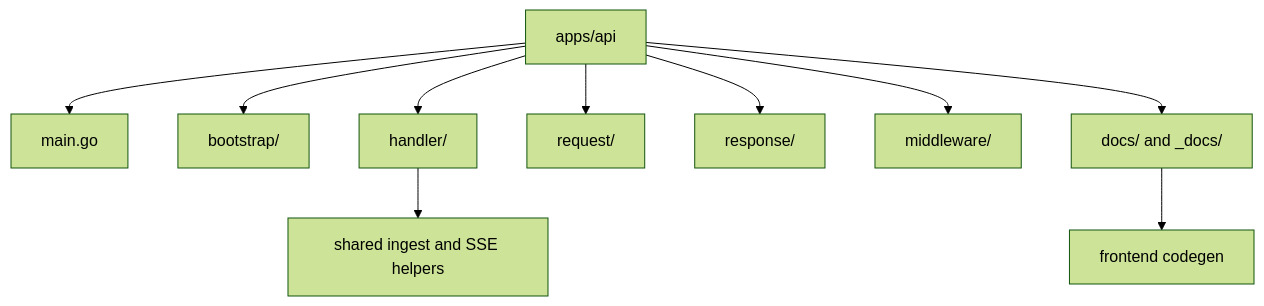
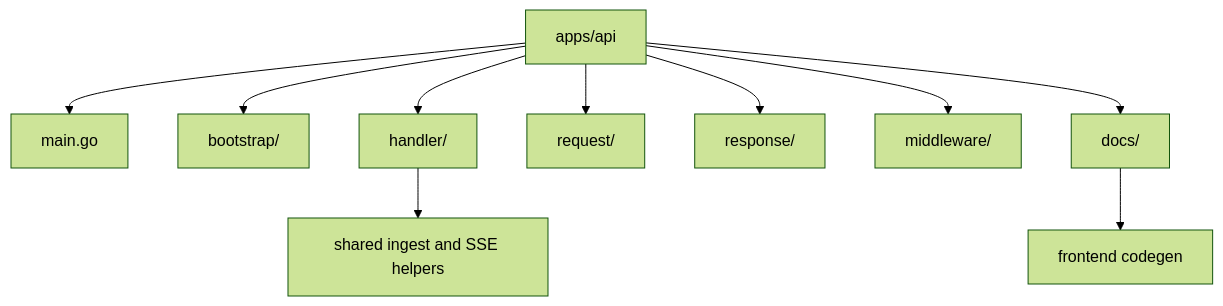
One commit to sx-tane/context-os changed the diagram in apps/api/README.md. Above: the diagram before and after it, drawn with Mermaid (forest theme). The commit also changed other lines of this file and 6 other files, not shown here.

````diff
--- a/apps/api/README.md
+++ b/apps/api/README.md
@@ -14,12 +14,12 @@
 ```mermaid
 flowchart TD
   API[apps/api] --> MAIN[main.go]
   API --> BOOTSTRAP[bootstrap/]
   API --> HANDLER[handler/]
   API --> REQUEST[request/]
   API --> RESPONSE[response/]
   API --> MIDDLEWARE[middleware/]
-  API --> DOCS[docs/ and _docs/]
+  API --> DOCS[docs/]
   HANDLER --> SHARED[shared ingest and SSE helpers]
   DOCS --> FRONTEND[frontend codegen]
 ```
````
